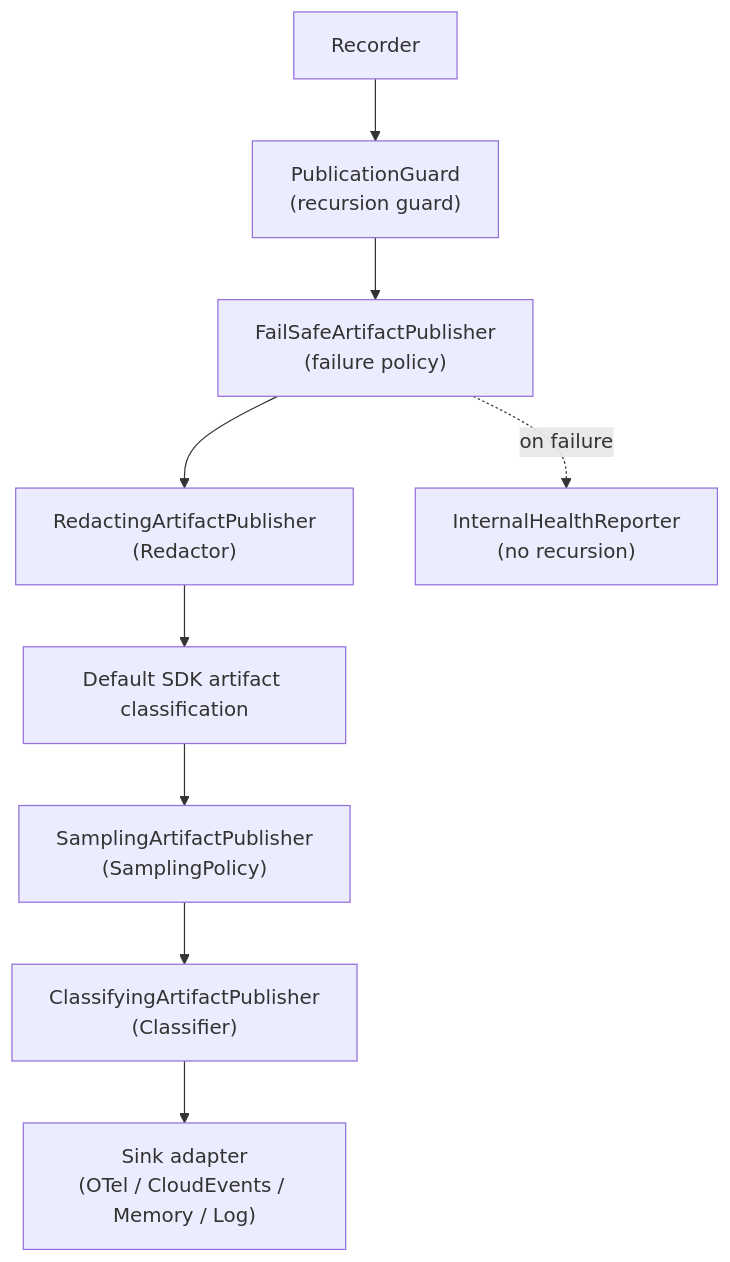
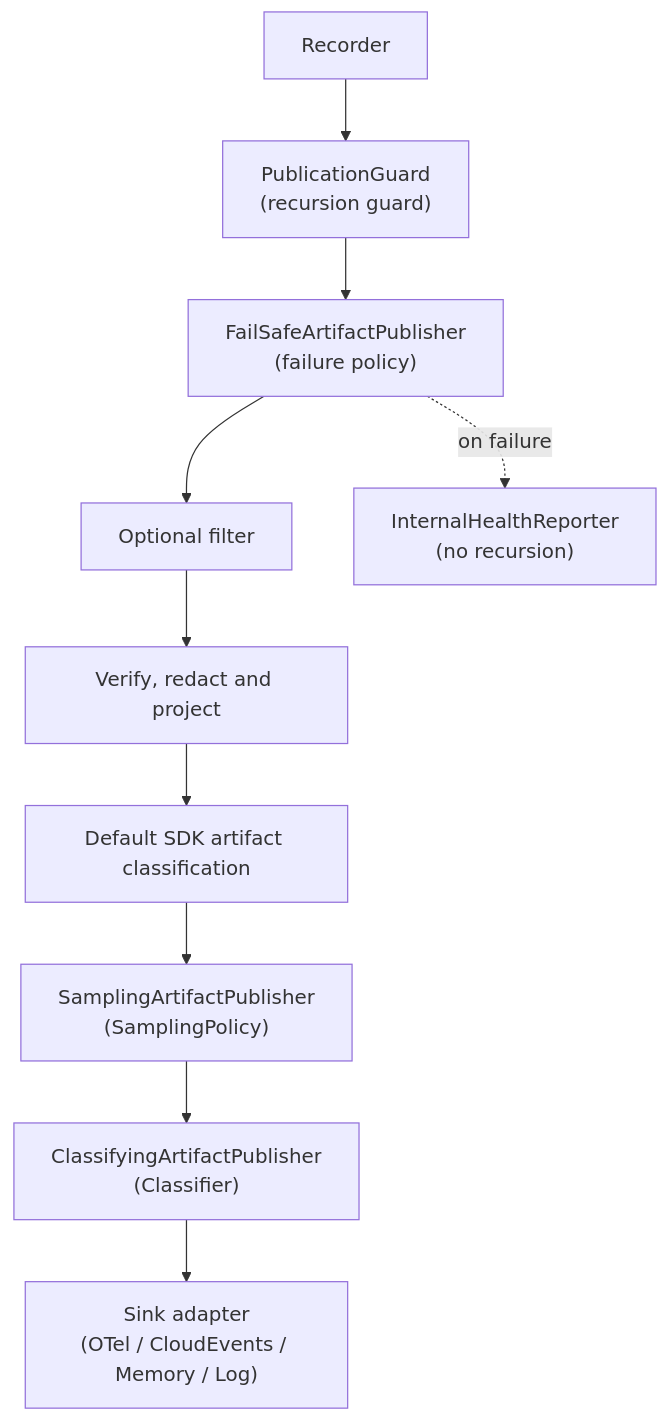
Before and after one commit to it-pack/run-it: the diagram in docs/architecture/publication.md, drawn with Mermaid. The commit also changed other lines of this file and 20 other files, not shown here.

````diff
--- a/docs/architecture/publication.md
+++ b/docs/architecture/publication.md
@@ -33,11 +35,12 @@
 ```mermaid
 flowchart TD;
     Recorder["Recorder"] --> Guard["PublicationGuard<br/>(recursion guard)"];
     Guard --> FailSafe["FailSafeArtifactPublisher<br/>(failure policy)"];
-    FailSafe --> Redact["RedactingArtifactPublisher<br/>(Redactor)"];
+    FailSafe --> Filter["Optional filter"];
+    Filter --> Redact["Verify, redact and project"];
     Redact --> DefaultClassify["Default SDK artifact classification"];
     DefaultClassify --> Sample["SamplingArtifactPublisher<br/>(SamplingPolicy)"];
     Sample --> Classify["ClassifyingArtifactPublisher<br/>(Classifier)"];
     Classify --> Sink["Sink adapter<br/>(OTel / CloudEvents / Memory / Log)"];
     FailSafe -. "on failure" .-> Health["InternalHealthReporter<br/>(no recursion)"];
 ```
````
